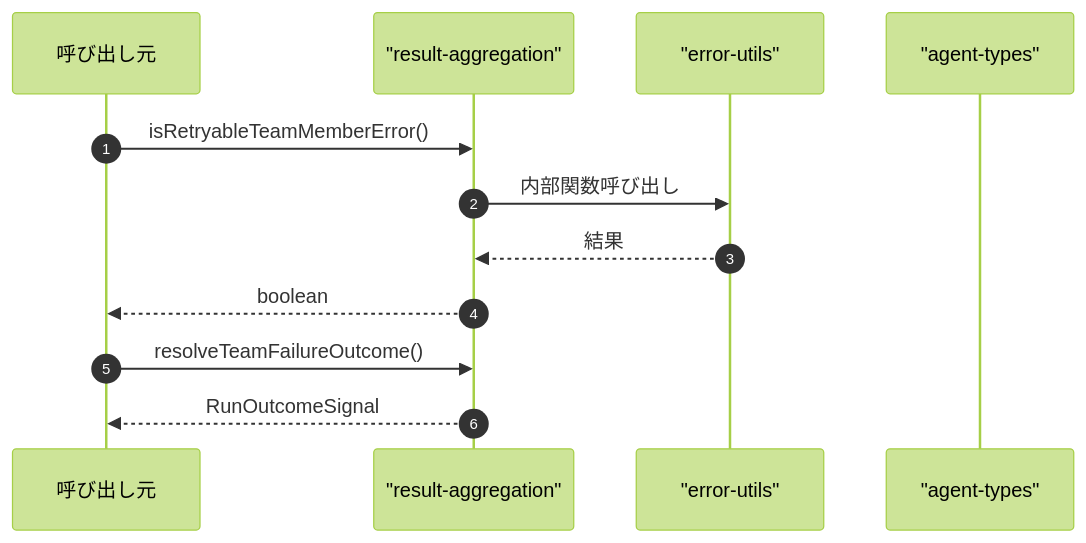
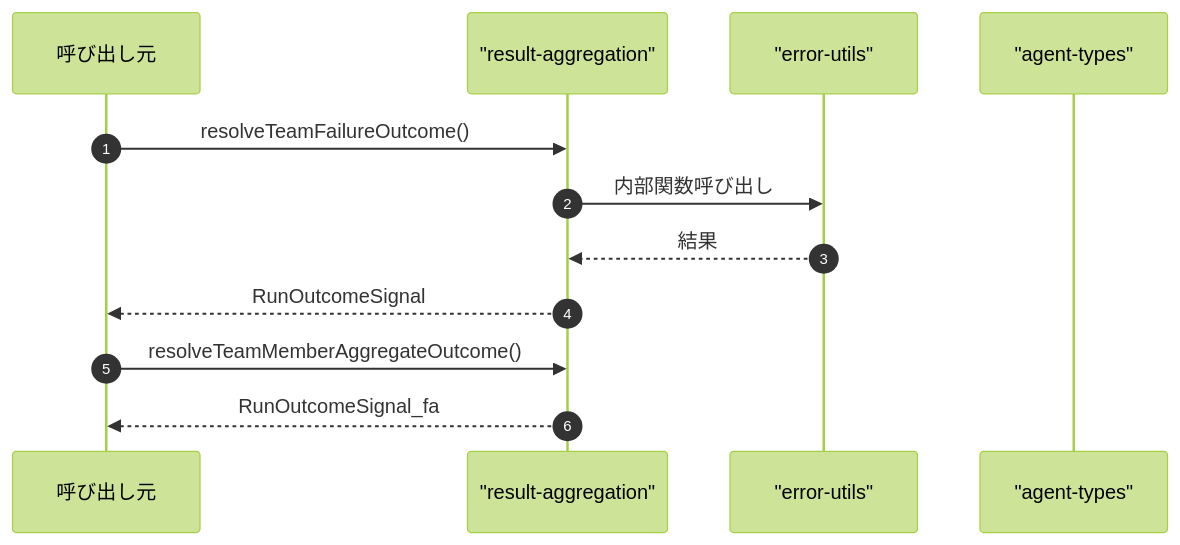
One commit to Mekann2904/mekann changed the third of 3 diagrams in ABDD/.pi/extensions/agent-teams/result-aggregation.md. Above: the diagram before and after it, drawn with Mermaid (forest theme). The commit also changed other lines of this file and 205 other files, not shown here.

````diff
--- a/ABDD/.pi/extensions/agent-teams/result-aggregation.md
+++ b/ABDD/.pi/extensions/agent-teams/result-aggregation.md
@@ -70,16 +69,16 @@
 ```mermaid
 sequenceDiagram
   autonumber
   participant Caller as 呼び出し元
   participant result_aggregation as "result-aggregation"
   participant error_utils as "error-utils"
   participant agent_types as "agent-types"
 
-  Caller->>result_aggregation: isRetryableTeamMemberError()
+  Caller->>result_aggregation: resolveTeamFailureOutcome()
   result_aggregation->>error_utils: 内部関数呼び出し
   error_utils-->>result_aggregation: 結果
-  result_aggregation-->>Caller: boolean
+  result_aggregation-->>Caller: RunOutcomeSignal
 
-  Caller->>result_aggregation: resolveTeamFailureOutcome()
-  result_aggregation-->>Caller: RunOutcomeSignal
+  Caller->>result_aggregation: resolveTeamMemberAggregateOutcome()
+  result_aggregation-->>Caller: RunOutcomeSignal_fa
 ```
````
